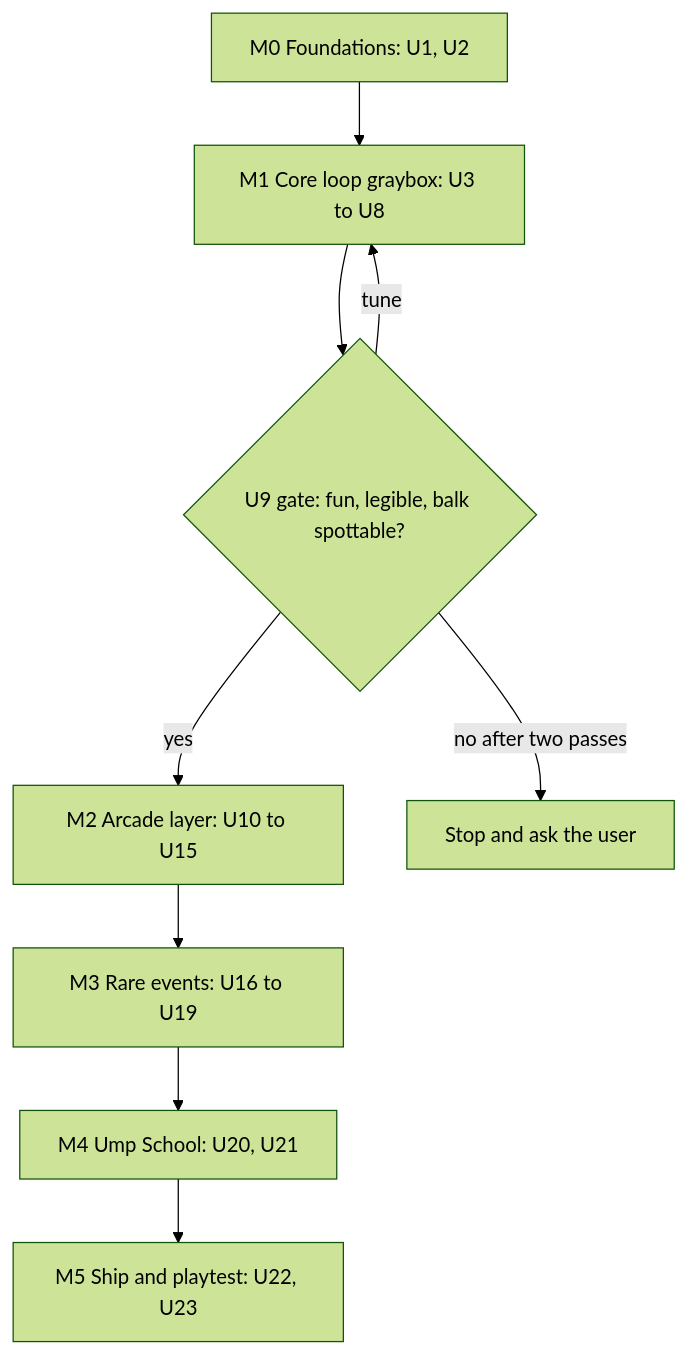
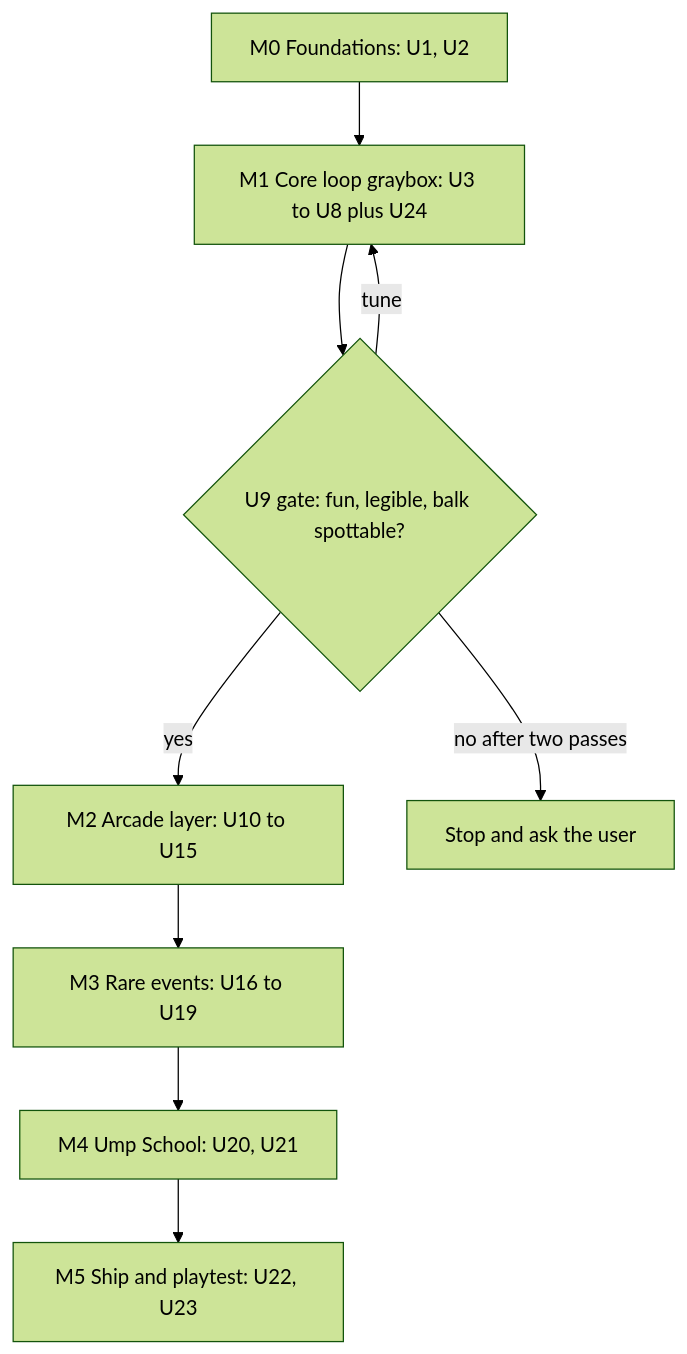
Before and after one commit to EvanMyDude/ump: the third of 3 diagrams in docs/plans/2026-10-05-0759-feat-first-person-umpire-arcade-prototype-plan.md, drawn with Mermaid (forest theme). The commit also changed other lines of this file, not shown here.

````diff
--- a/docs/plans/2026-10-05-0759-feat-first-person-umpire-arcade-prototype-plan.md
+++ b/docs/plans/2026-10-05-0759-feat-first-person-umpire-arcade-prototype-plan.md
@@ -281,11 +280,11 @@
 ```mermaid
 flowchart TB
-  M0["M0 Foundations: U1, U2"] --> M1["M1 Core loop graybox: U3 to U8"]
+  M0["M0 Foundations: U1, U2"] --> M1["M1 Core loop graybox: U3 to U8 plus U24"]
   M1 --> G1{"U9 gate: fun, legible, balk spottable?"}
   G1 -- "yes" --> M2["M2 Arcade layer: U10 to U15"]
   G1 -- "tune" --> M1
   G1 -- "no after two passes" --> STOP["Stop and ask the user"]
   M2 --> M3["M3 Rare events: U16 to U19"]
   M3 --> M4["M4 Ump School: U20, U21"]
   M4 --> M5["M5 Ship and playtest: U22, U23"]
 ```
````
